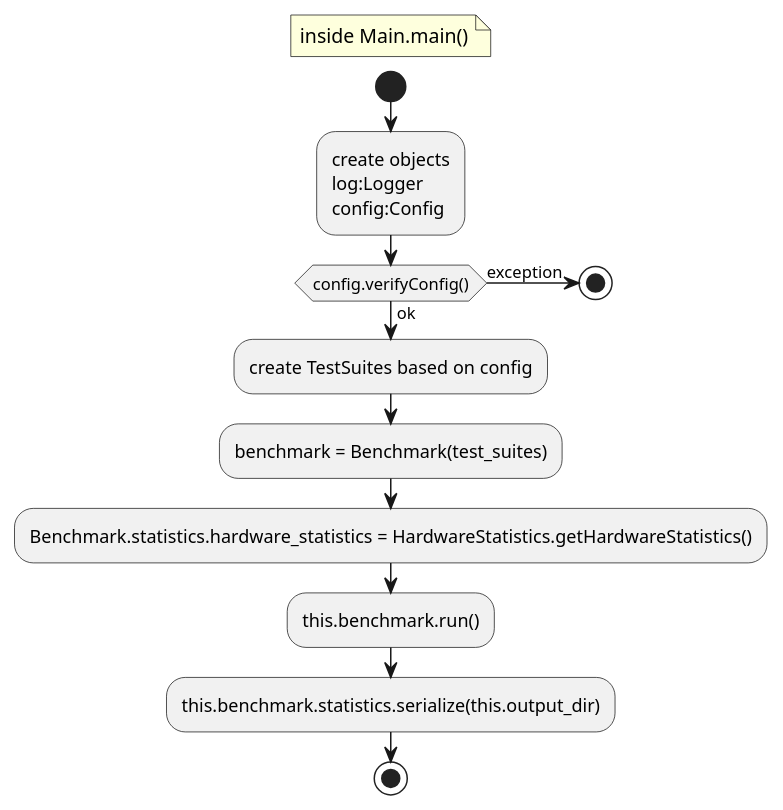
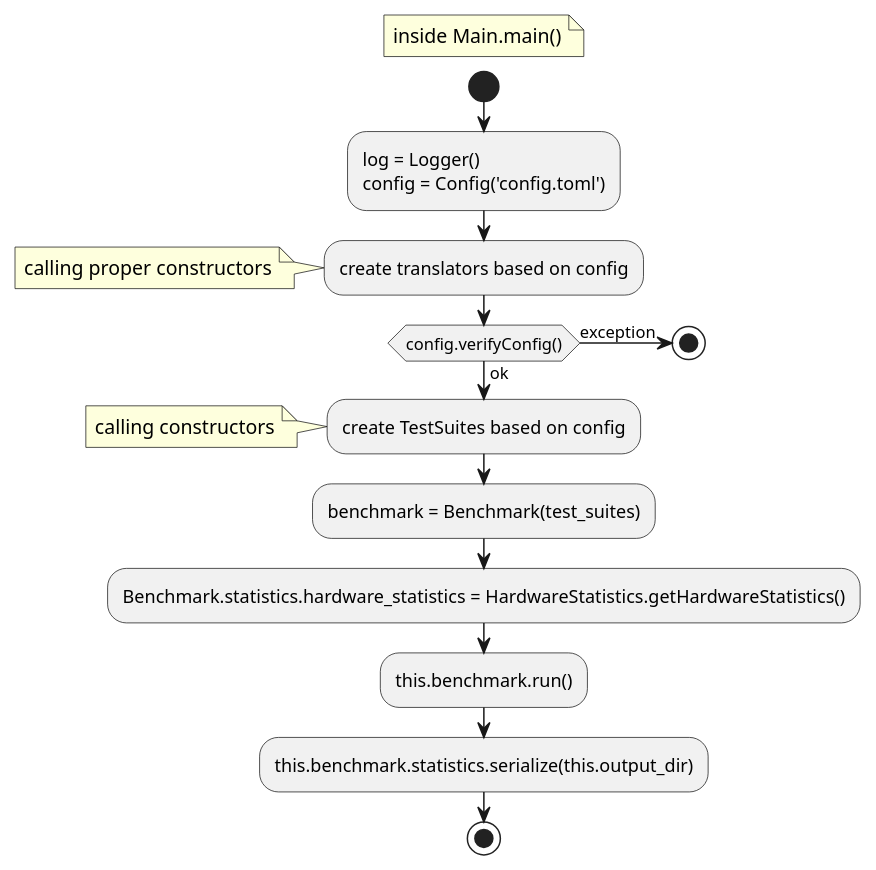
The diagram in benchmark/activity_diagrams/main_run.puml (Mateusz-Grzelinski/set-research-documentation), drawn with PlantUML before and after one commit. The commit also changed 12 other files, not shown here.

```diff
--- a/benchmark/activity_diagrams/main_run.puml
+++ b/benchmark/activity_diagrams/main_run.puml
@@ -1,20 +1,23 @@
 @startuml
 floating note: inside Main.main()
 start
-:create objects
-log:Logger
-config:Config;
+:log = Logger()
+config = Config('config.toml');
+
+:create translators based on config;
+note: calling proper constructors
 
 if (config.verifyConfig()) then (ok)
   :create TestSuites based on config;
+note: calling constructors
   :benchmark = Benchmark(test_suites);
   :Benchmark.statistics.hardware_statistics = HardwareStatistics.getHardwareStatistics();
   :this.benchmark.run();
   :this.benchmark.statistics.serialize(this.output_dir);
 else (exception)
   stop;
 endif;
 
 stop
 
 @enduml
```
